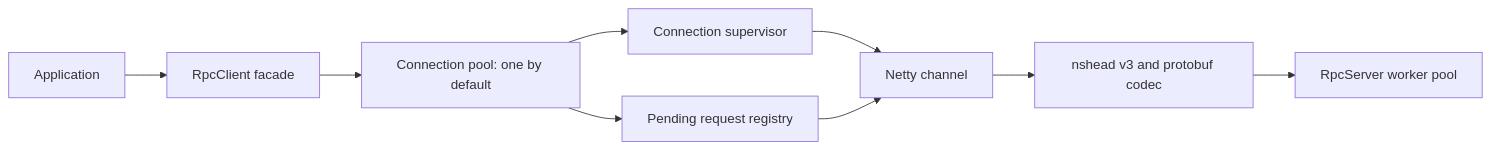
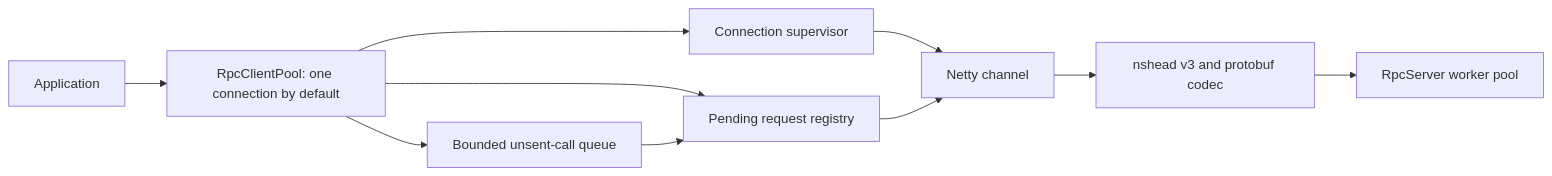
One commit to fkzhao/lightwight-rpc changed the diagram in docs/SDK_DESIGN.md. Above: the diagram before and after it, drawn with Mermaid. The commit also changed other lines of this file, not shown here.

Commit message:
docs: revise SDK pool and reconnect failure design

````diff
--- a/docs/SDK_DESIGN.md
+++ b/docs/SDK_DESIGN.md
@@ -37,11 +39,12 @@
 ```mermaid
 flowchart LR
-    App[Application] --> Client[RpcClient facade]
-    Client --> Pool[Connection pool: one by default]
+    App[Application] --> Pool[RpcClientPool: one connection by default]
     Pool --> Supervisor[Connection supervisor]
     Pool --> Registry[Pending request registry]
+    Pool --> Queue[Bounded unsent-call queue]
     Supervisor --> Channel[Netty channel]
     Registry --> Channel
+    Queue --> Registry
     Channel --> Codec[nshead v3 and protobuf codec]
     Codec --> Server[RpcServer worker pool]
 ```
````
